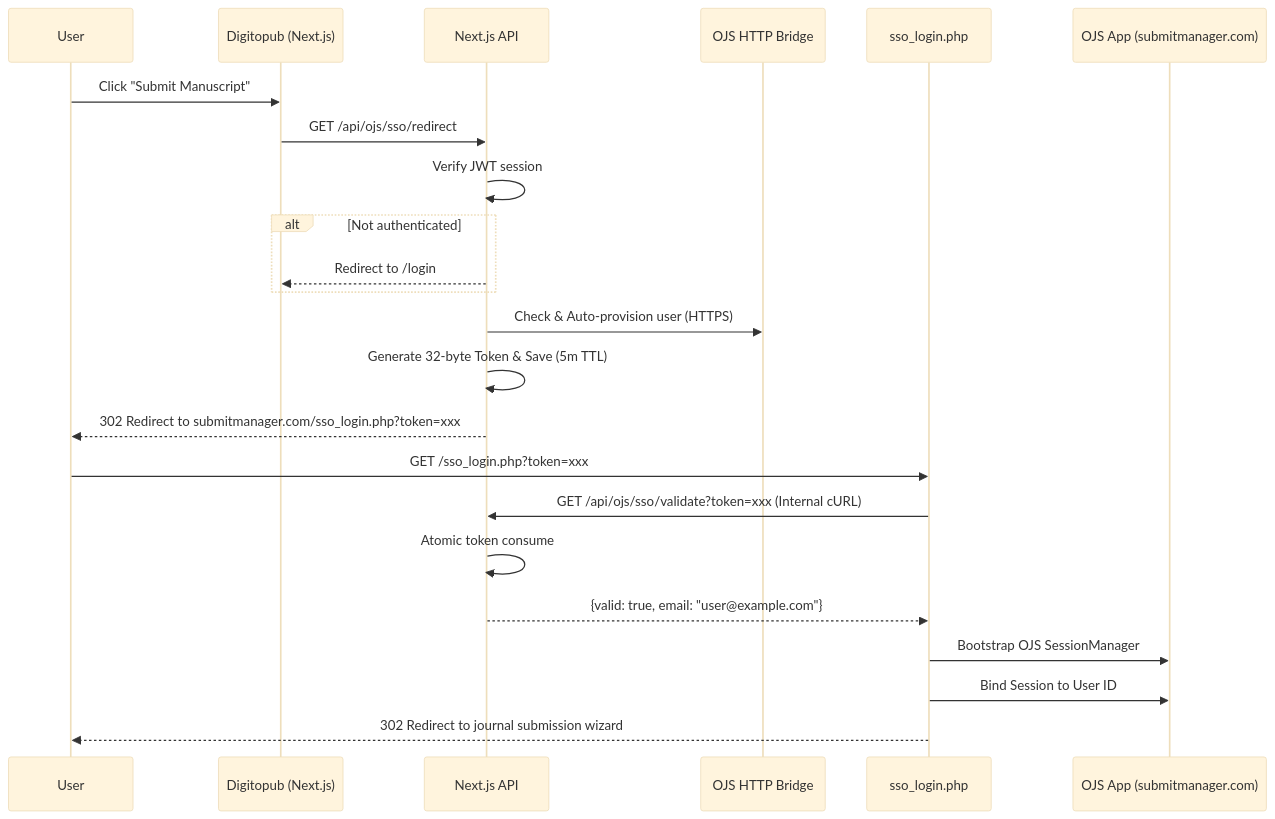
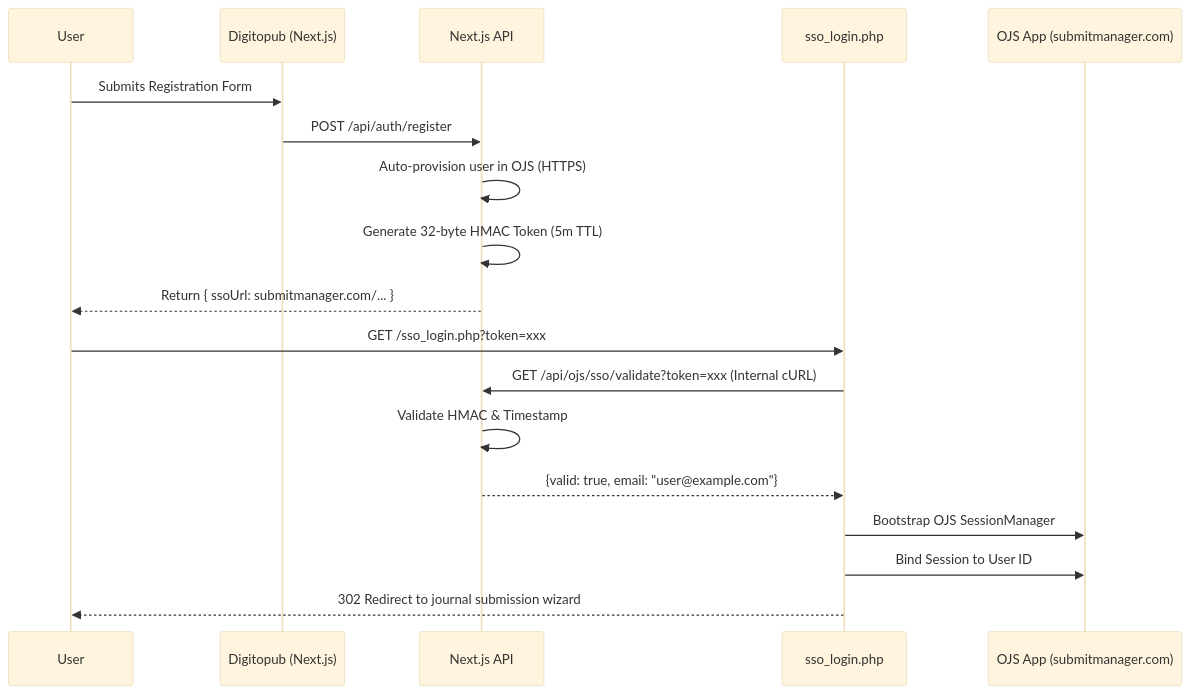
Before and after one commit to azizwarpai-ctrl/scientific-journals-website: the diagram in README.md, drawn with Mermaid (base theme). The commit also changed other lines of this file and 46 other files, not shown here.

````diff
--- a/README.md
+++ b/README.md
@@ -112,26 +133,21 @@
 ```mermaid
 sequenceDiagram
     participant U as User
     participant DP as Digitopub (Next.js)
     participant API as Next.js API
-    participant Bridge as OJS HTTP Bridge
     participant SSO as sso_login.php
     participant OJS as OJS App (submitmanager.com)
 
-    U->>DP: Click "Submit Manuscript"
-    DP->>API: GET /api/ojs/sso/redirect
-    API->>API: Verify JWT session
-    alt Not authenticated
-        API-->>DP: Redirect to /login
-    end
-    API->>Bridge: Check & Auto-provision user (HTTPS)
-    API->>API: Generate 32-byte Token & Save (5m TTL)
-    API-->>U: 302 Redirect to submitmanager.com/sso_login.php?token=xxx
+    U->>DP: Submits Registration Form
+    DP->>API: POST /api/auth/register
+    API->>API: Auto-provision user in OJS (HTTPS)
+    API->>API: Generate 32-byte HMAC Token (5m TTL)
+    API-->>U: Return { ssoUrl: submitmanager.com/... }
     U->>SSO: GET /sso_login.php?token=xxx
     SSO->>API: GET /api/ojs/sso/validate?token=xxx (Internal cURL)
-    API->>API: Atomic token consume
+    API->>API: Validate HMAC & Timestamp
     API-->>SSO: {valid: true, email: "user@example.com"}
     SSO->>OJS: Bootstrap OJS SessionManager
     SSO->>OJS: Bind Session to User ID
     SSO-->>U: 302 Redirect to journal submission wizard
 ```
````
